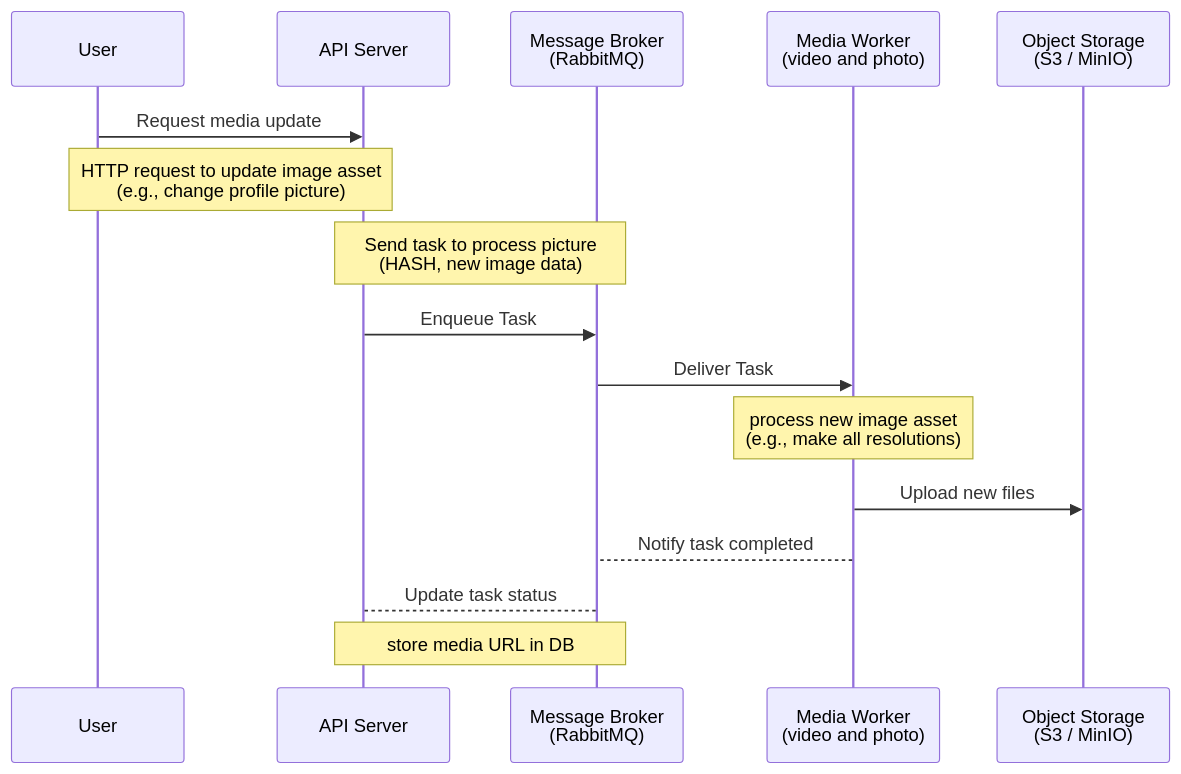
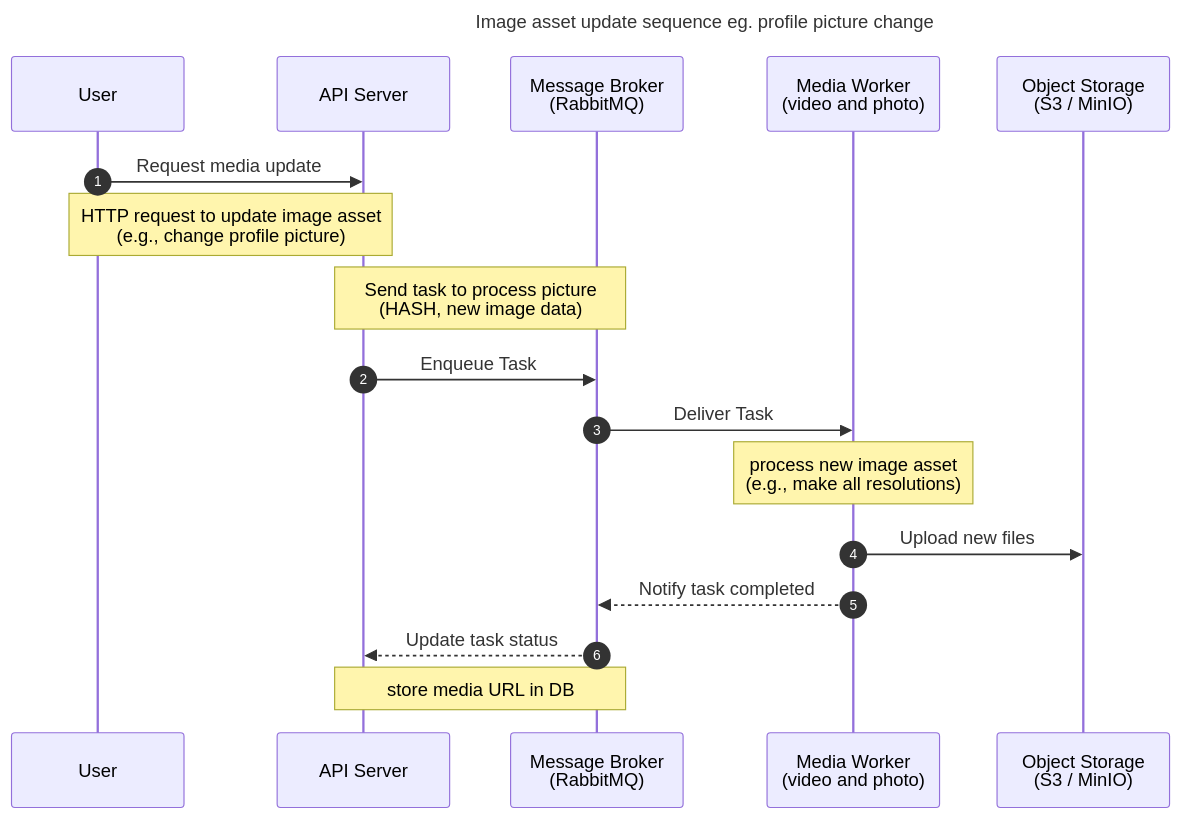
One commit to MaciejWojs/better-buddyshare-backend changed the diagram in diagrams/seqence/ImageAssetUpdate.mmd. Above: the diagram before and after it, drawn with Mermaid. The commit also changed 1 other file, not shown here.

Commit message:
refactor(diagrams): Improve sequence diagrams for image asset update and stream ended processes

```diff
--- a/diagrams/seqence/ImageAssetUpdate.mmd
+++ b/diagrams/seqence/ImageAssetUpdate.mmd
@@ -1,23 +1,25 @@
-sequenceDiagram
+sequenceDiagram title Image asset update sequence eg. profile picture change
     participant USER as User
     participant API as API Server
     participant RabbitMQ as Message Broker <br /> (RabbitMQ)
     participant Worker as Media Worker <br /> (video and photo)
     participant Storage as Object Storage <br /> (S3 / MinIO)
+
+    autonumber
 
     USER ->> API: Request media update
     Note over USER,API: HTTP request to update image asset <br /> (e.g., change profile picture)
 
     Note over API,RabbitMQ: Send task to process picture <br /> (HASH, new image data)
 
     API ->> RabbitMQ: Enqueue Task
     
     RabbitMQ ->> Worker: Deliver Task
     
     Note over Worker: process new image asset <br /> (e.g., make all resolutions)
 
     Worker ->> Storage: Upload new files
     
-    Worker --> RabbitMQ: Notify task completed
-    RabbitMQ --> API: Update task status
+    Worker -->> RabbitMQ: Notify task completed
+    RabbitMQ -->> API: Update task status
     Note over API,RabbitMQ: store media URL in DB
```
